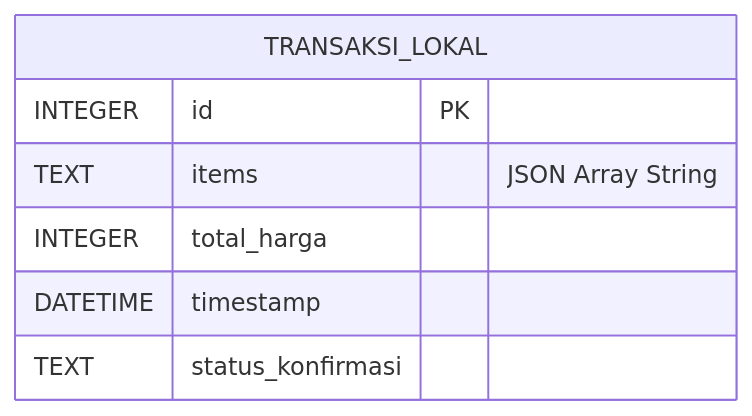
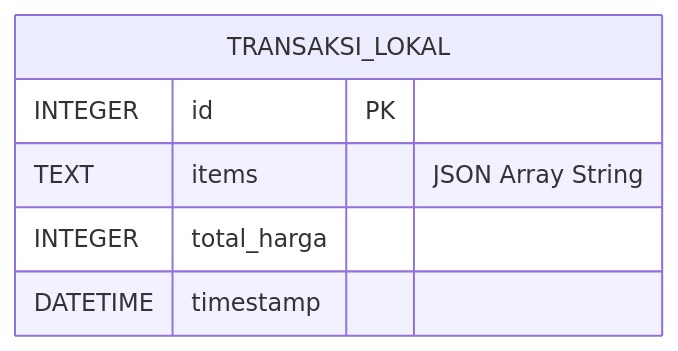
The first of 2 diagrams in docs/database_and_sync.md (Mahardika-Ramadhana/dish-counter-apparatus), drawn with Mermaid before and after one commit. The commit also changed other lines of this file and 2 other files, not shown here.

Commit message:
refactor(db): Remove redundant status_konfirmasi column from schema and sync payload

````diff
--- a/docs/database_and_sync.md
+++ b/docs/database_and_sync.md
@@ -18,10 +17,9 @@
 ```mermaid
 erDiagram
     TRANSAKSI_LOKAL {
         INTEGER id PK
         TEXT items "JSON Array String"
         INTEGER total_harga
         DATETIME timestamp
-        TEXT status_konfirmasi
     }
 ```
````
